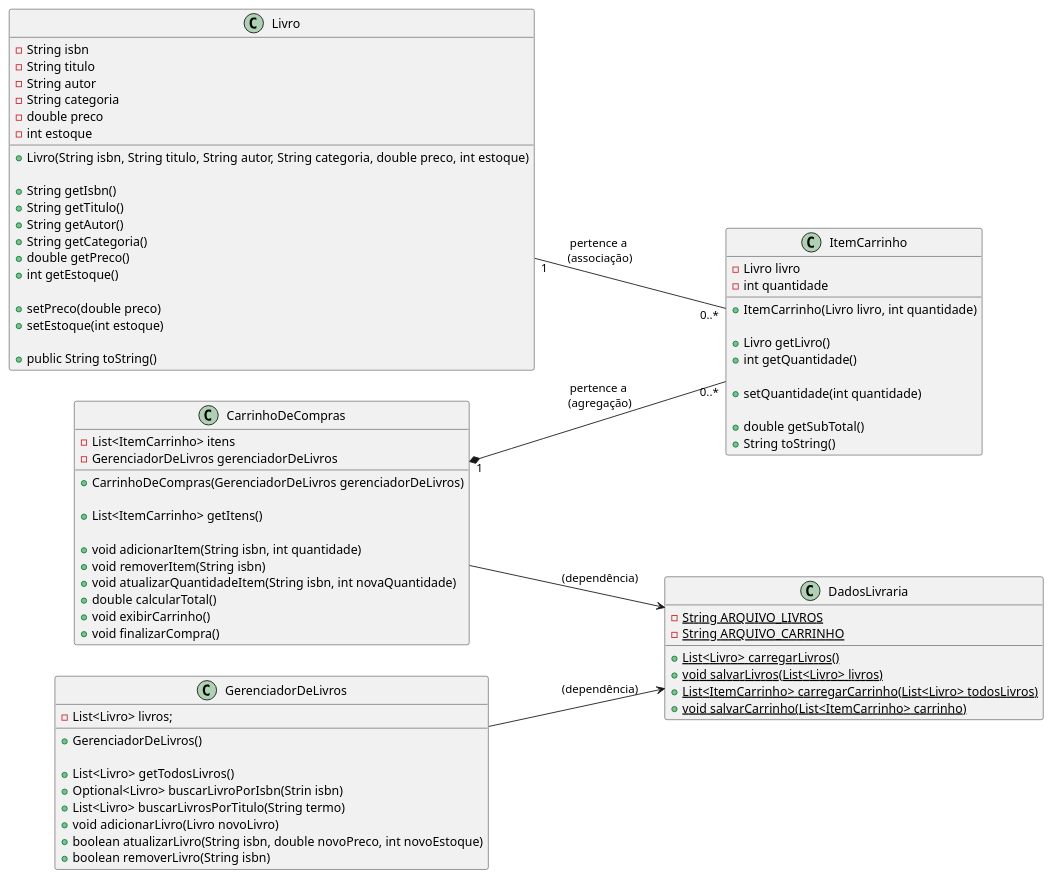
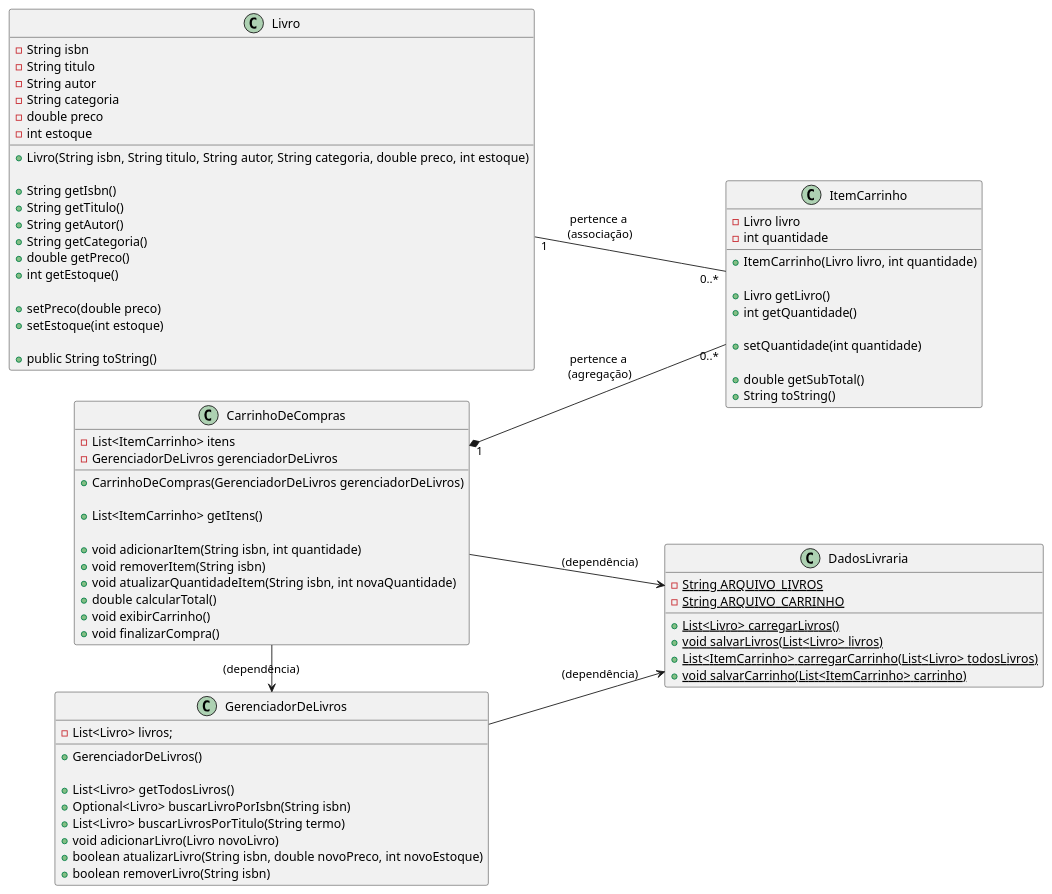
One commit to GamaRafa/Livraria changed the diagram in diagrams/classes.plantuml. Above: the diagram before and after it, drawn with PlantUML. The commit also changed 3 other files, not shown here.

Commit message:
improving diagrams

```diff
--- a/diagrams/classes.plantuml
+++ b/diagrams/classes.plantuml
@@ -1,91 +1,92 @@
 @startuml classes
 left to right direction
 class Livro {
   - String isbn
   - String titulo
   - String autor
   - String categoria
   - double preco
   - int estoque
   
   + Livro(String isbn, String titulo, String autor, String categoria, double preco, int estoque)
   
   + String getIsbn()
   + String getTitulo()
   + String getAutor()
   + String getCategoria()
   + double getPreco()
   + int getEstoque()
 
   + setPreco(double preco)
   + setEstoque(int estoque)
 
   + public String toString()
 }
 
 class ItemCarrinho {
   - Livro livro
   - int quantidade
   
   + ItemCarrinho(Livro livro, int quantidade)
   
   + Livro getLivro()
   + int getQuantidade()
 
   + setQuantidade(int quantidade)
   
   + double getSubTotal()
   + String toString()
 }
 
 class GerenciadorDeLivros {
   - List<Livro> livros;
 
   + GerenciadorDeLivros()
   'this.livros = DadosLivraria.carregarLivros(); representar no relacionamento
   
   + List<Livro> getTodosLivros()
-  + Optional<Livro> buscarLivroPorIsbn(Strin isbn)
+  + Optional<Livro> buscarLivroPorIsbn(String isbn)
   + List<Livro> buscarLivrosPorTitulo(String termo)
   + void adicionarLivro(Livro novoLivro)
   + boolean atualizarLivro(String isbn, double novoPreco, int novoEstoque)
   + boolean removerLivro(String isbn)
 }
 
 class CarrinhoDeCompras {
   - List<ItemCarrinho> itens
   - GerenciadorDeLivros gerenciadorDeLivros
 
   + CarrinhoDeCompras(GerenciadorDeLivros gerenciadorDeLivros)
   'this.itens = DadosLivraria.carregarCarrinho(gerenciadorDeLivros.getTodosLivros()); representar no relacionamento
 
   + List<ItemCarrinho> getItens()
   
   + void adicionarItem(String isbn, int quantidade)
   + void removerItem(String isbn)
   + void atualizarQuantidadeItem(String isbn, int novaQuantidade)
   + double calcularTotal()
   + void exibirCarrinho()
   + void finalizarCompra()
 }
 
 class DadosLivraria {
   - {static} String ARQUIVO_LIVROS
   - {static} String ARQUIVO_CARRINHO
 
   + {static} List<Livro> carregarLivros()
   + {static} void salvarLivros(List<Livro> livros)
   + {static} List<ItemCarrinho> carregarCarrinho(List<Livro> todosLivros)
   + {static} void salvarCarrinho(List<ItemCarrinho> carrinho)
 }
 
 '1 Livro existe independente de pertencer a um ItemCarrinho, e pode pertencer a vários (ou nenhum) ItemCarrinho
 Livro "1" -- "0..*" ItemCarrinho : pertence a \n(associação)
 '1 CarrinhoDeCompras pode possuir nenhum ou vários ItemCarrinho, que só podem pertencer a um CarrinhoDeCompras,
 'pois cada item tem o seu Livro e sua quantidade, não fazendo sentido que um ItemCarrinho se repita
 CarrinhoDeCompras "1" *-- "0..*" ItemCarrinho : pertence a \n(agregação)
 'DadosLivraria é uma dependência do construtor de GerenciadorLivros
 GerenciadorDeLivros --> DadosLivraria : (dependência)
 'DadosLivraria é uma dependência do construtor de CarrinhoDeCompras
 CarrinhoDeCompras --> DadosLivraria : (dependência)
+CarrinhoDeCompras -> GerenciadorDeLivros : (dependência)
 @enduml
```
